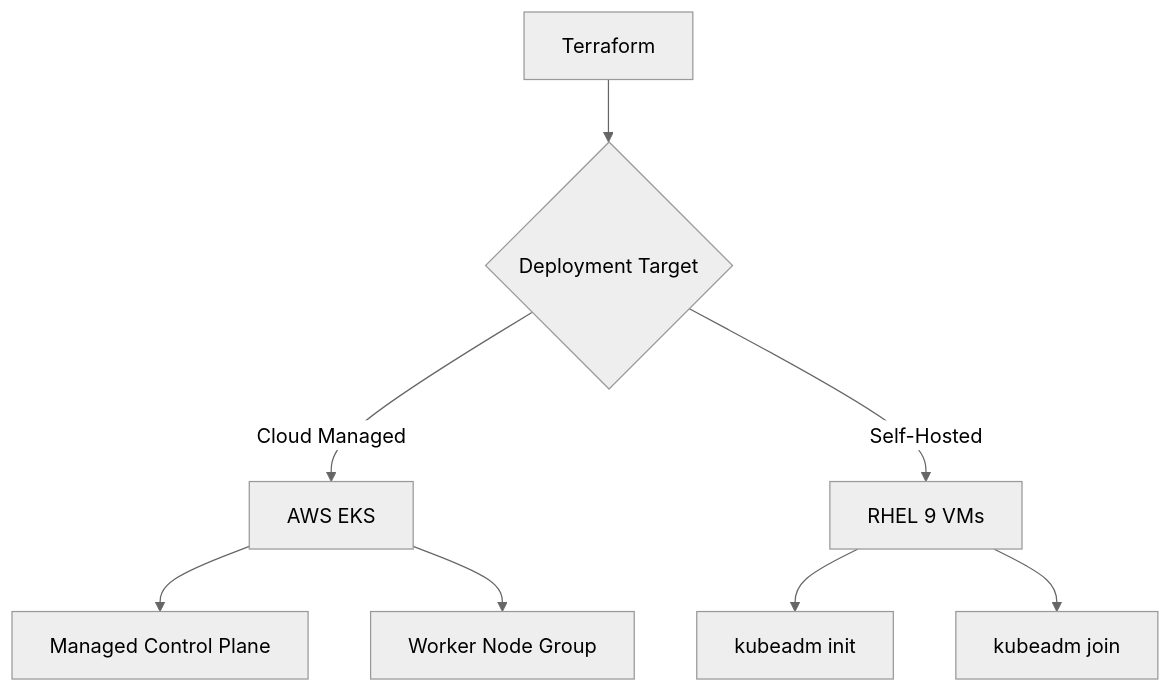
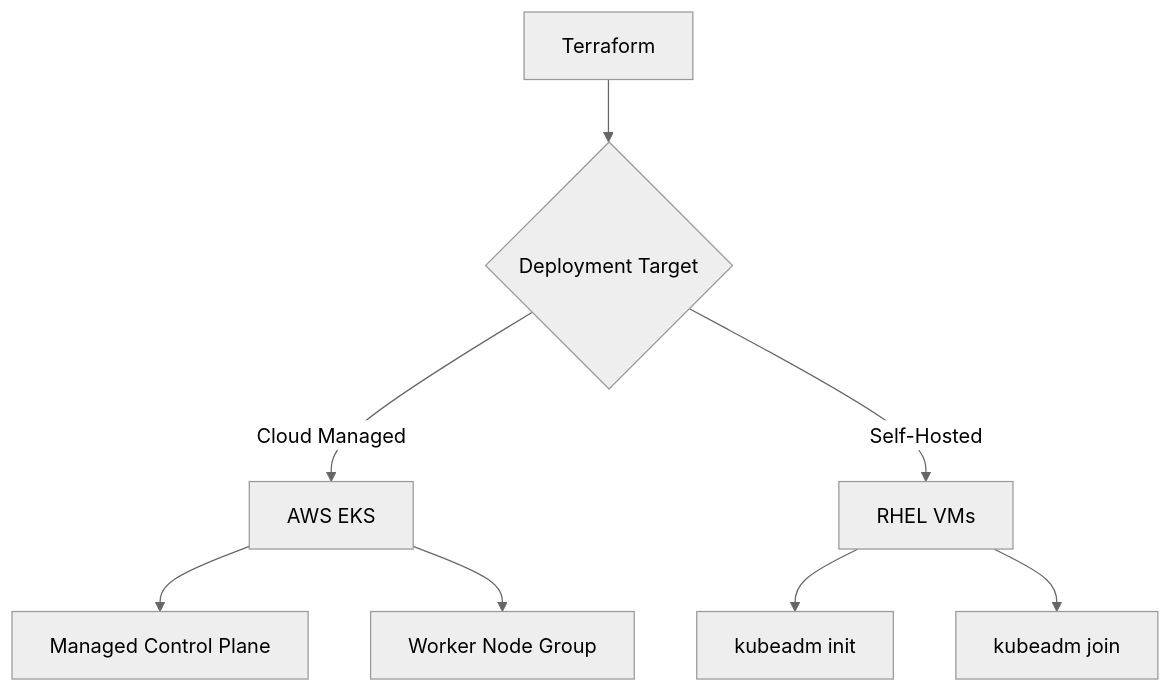
One commit to OneUptime/blog changed the diagram in posts/2026-03-04-provision-kubernetes-clusters-rhel-9-terraform/README.md. Above: the diagram before and after it, drawn with Mermaid (neutral theme). The commit also changed other lines of this file and 4866 other files, not shown here.

````diff
--- a/posts/2026-03-04-provision-kubernetes-clusters-rhel-9-terraform/README.md
+++ b/posts/2026-03-04-provision-kubernetes-clusters-rhel-9-terraform/README.md
@@ -15,10 +15,10 @@
 ```mermaid
 graph TD
     A[Terraform] --> B{Deployment Target}
     B -->|Cloud Managed| C[AWS EKS]
-    B -->|Self-Hosted| D[RHEL 9 VMs]
+    B -->|Self-Hosted| D[RHEL VMs]
     C --> E[Managed Control Plane]
     C --> F[Worker Node Group]
     D --> G[kubeadm init]
     D --> H[kubeadm join]
 ```
````
